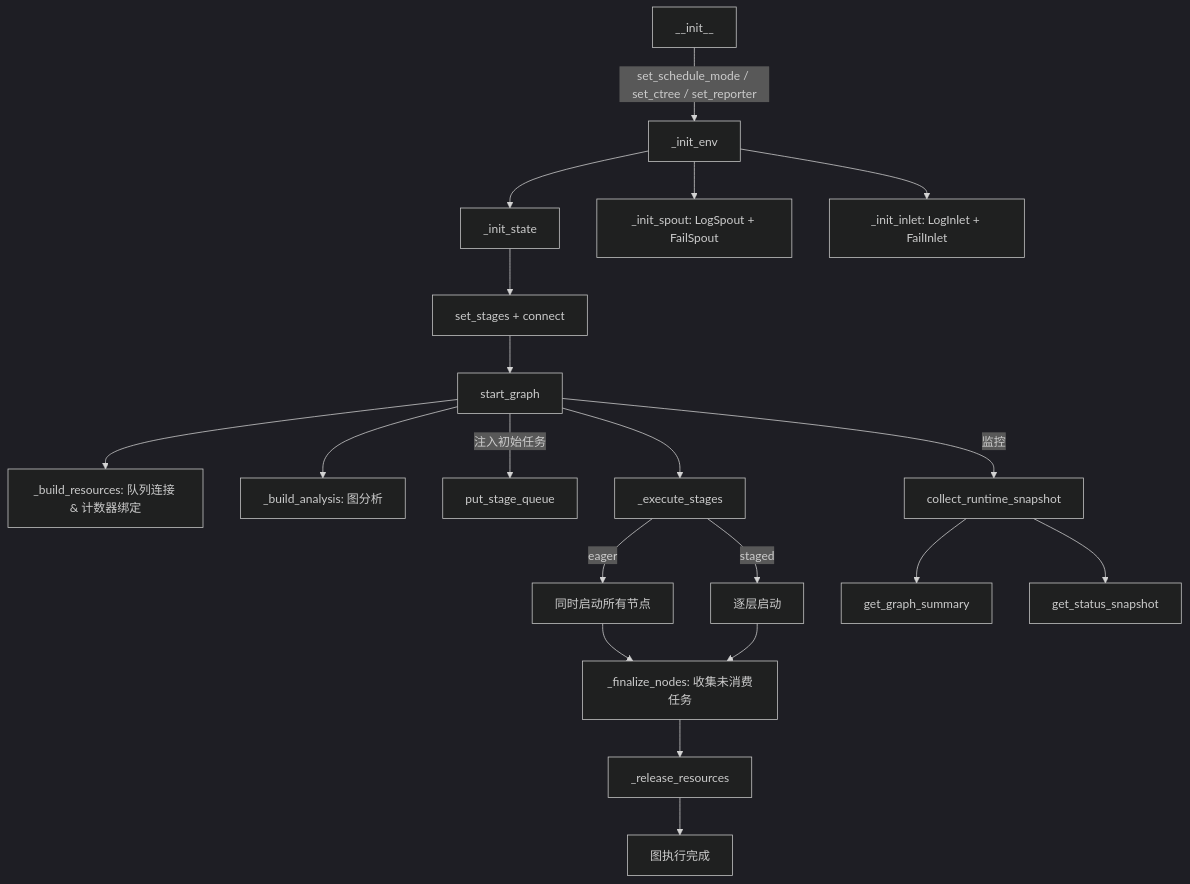
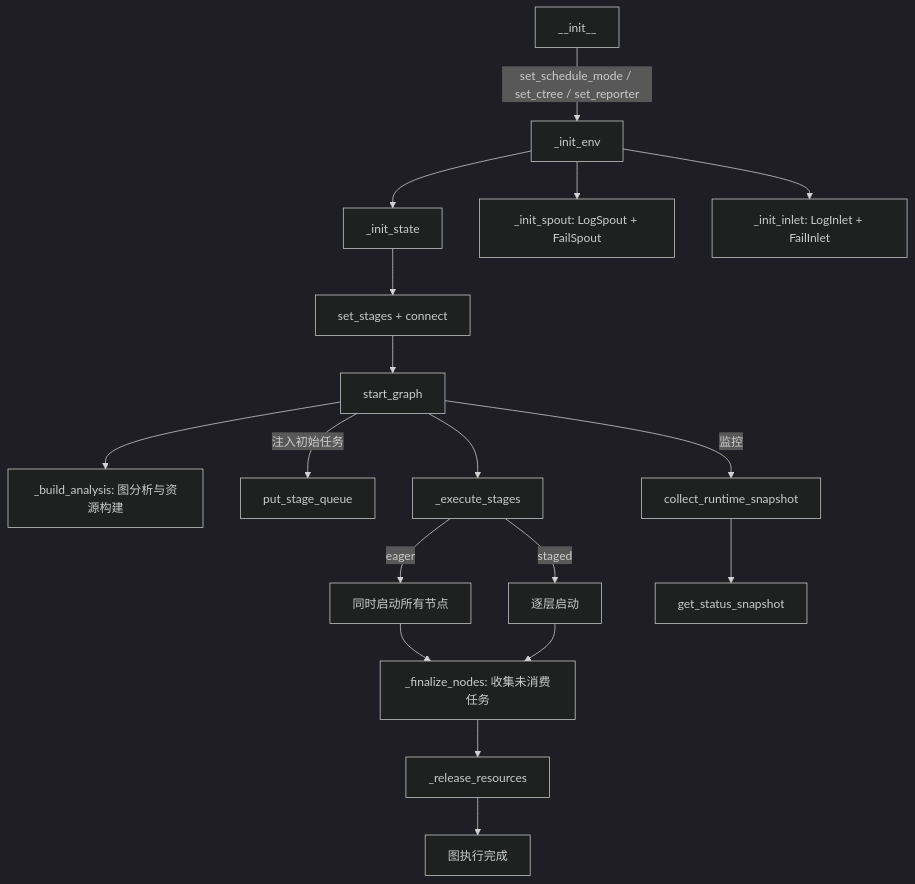
One commit to Mr-xiaotian/CelestialFlow changed the diagram in docs/zh-CN/src/graph/core_graph.md. Above: the diagram before and after it, drawn with Mermaid (dark theme). The commit also changed other lines of this file and 71 other files, not shown here.

````diff
--- a/docs/zh-CN/src/graph/core_graph.md
+++ b/docs/zh-CN/src/graph/core_graph.md
@@ -212,23 +217,21 @@
 ```mermaid
 flowchart TD
     INIT[__init__] -->|set_schedule_mode / set_ctree / set_reporter| ENV[_init_env]
     ENV --> STATE[_init_state]
     ENV --> SPOUT[_init_spout: LogSpout + FailSpout]
     ENV --> INLET[_init_inlet: LogInlet + FailInlet]
     STATE --> BUILD[set_stages + connect]
     BUILD --> START[start_graph]
-    START --> RESOURCES[_build_resources: 队列连接 & 计数器绑定]
-    START --> ANALYSIS[_build_analysis: 图分析]
+    START --> ANALYSIS[_build_analysis: 图分析与资源构建]
     START -->|注入初始任务| PUT[put_stage_queue]
     START --> EXEC[_execute_stages]
     EXEC -->|eager| ALL[同时启动所有节点]
     EXEC -->|staged| LAYER[逐层启动]
     ALL --> FINALIZE[_finalize_nodes: 收集未消费任务]
     LAYER --> FINALIZE
     FINALIZE --> RELEASE[_release_resources]
     RELEASE --> END[图执行完成]
     
     START -->|监控| SNAPSHOT[collect_runtime_snapshot]
-    SNAPSHOT --> SUMMARY[get_graph_summary]
     SNAPSHOT --> STATUS[get_status_snapshot]
 ```
````
